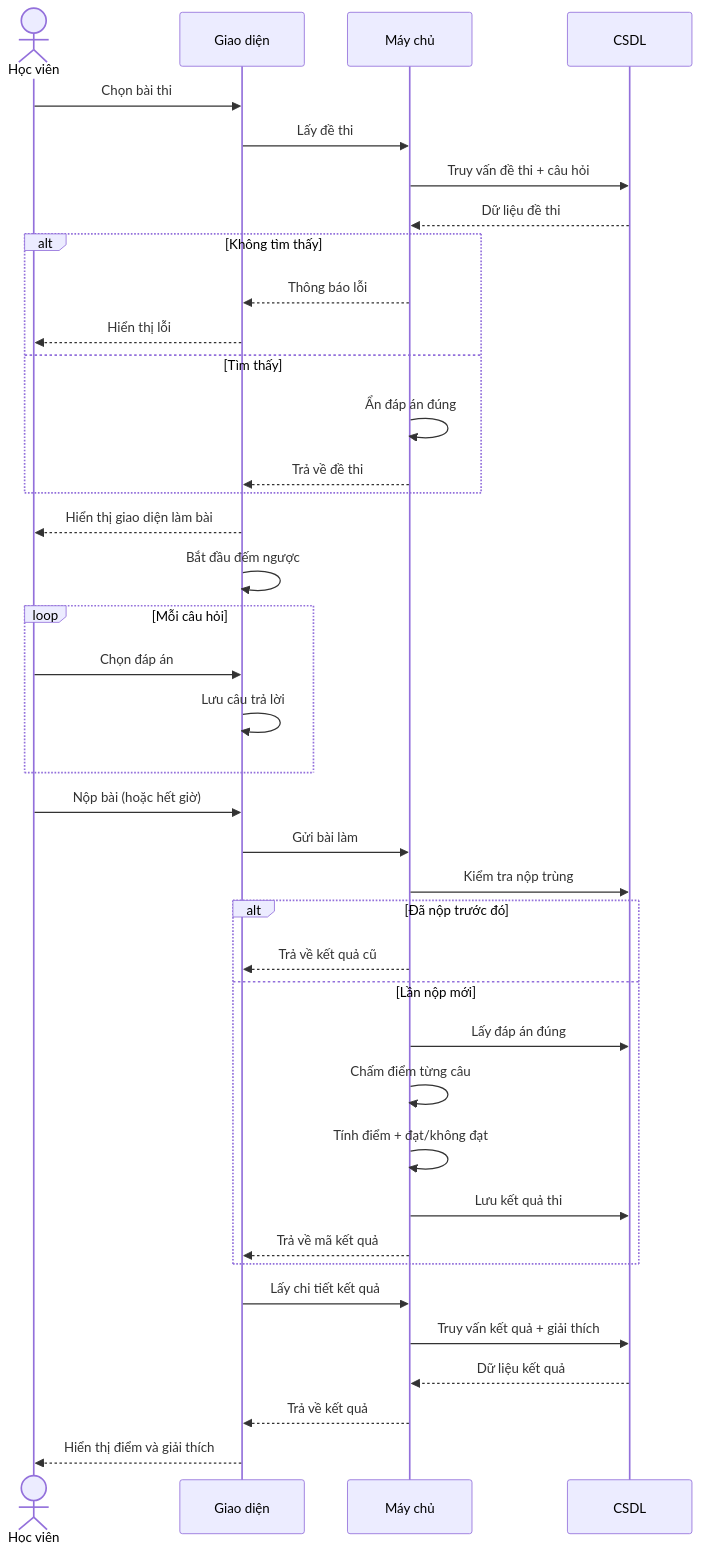
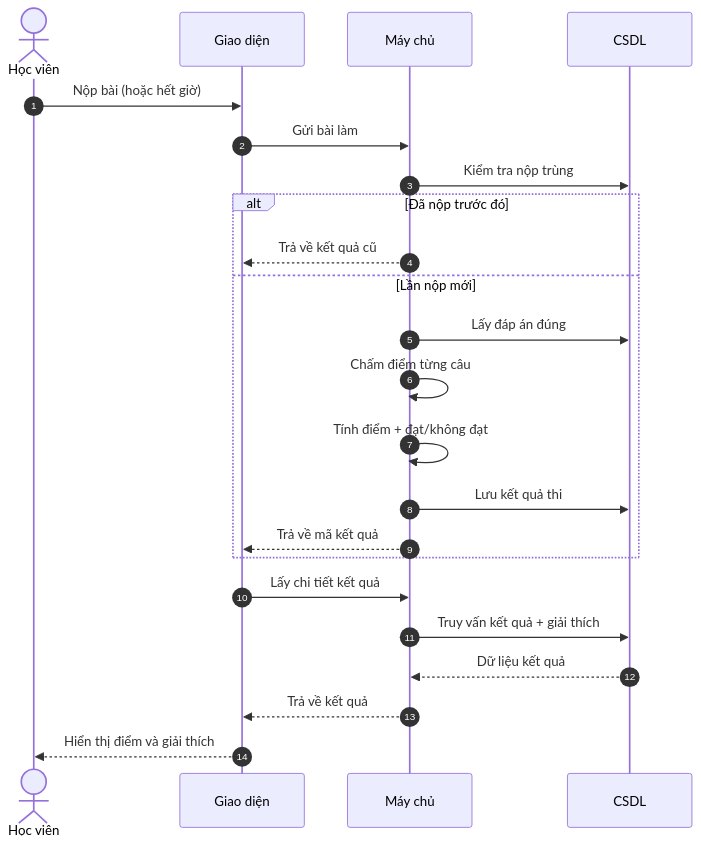
Before and after one commit to duynguyen2003/ccna-master: the fifth of 9 diagrams in Markdown/sequence_diagrams.md, drawn with Mermaid. The commit also changed other lines of this file and 1 other file, not shown here.

````diff
--- a/Markdown/sequence_diagrams.md
+++ b/Markdown/sequence_diagrams.md
@@ -95,49 +144,29 @@
 ```mermaid
 sequenceDiagram
+    autonumber
     actor User as Học viên
     participant FE as Giao diện
     participant BE as Máy chủ
     participant DB as CSDL
-
-    User->>FE: Chọn bài thi
-    FE->>BE: Lấy đề thi
-    BE->>DB: Truy vấn đề thi + câu hỏi
-    DB-->>BE: Dữ liệu đề thi
-
-    alt Không tìm thấy
-        BE-->>FE: Thông báo lỗi
-        FE-->>User: Hiển thị lỗi
-    else Tìm thấy
-        BE->>BE: Ẩn đáp án đúng
-        BE-->>FE: Trả về đề thi
-    end
-
-    FE-->>User: Hiển thị giao diện làm bài
-    FE->>FE: Bắt đầu đếm ngược
-
-    loop Mỗi câu hỏi
-        User->>FE: Chọn đáp án
-        FE->>FE: Lưu câu trả lời
-    end
 
     User->>FE: Nộp bài (hoặc hết giờ)
     FE->>BE: Gửi bài làm
 
     BE->>DB: Kiểm tra nộp trùng
 
     alt Đã nộp trước đó
         BE-->>FE: Trả về kết quả cũ
     else Lần nộp mới
         BE->>DB: Lấy đáp án đúng
         BE->>BE: Chấm điểm từng câu
         BE->>BE: Tính điểm + đạt/không đạt
         BE->>DB: Lưu kết quả thi
         BE-->>FE: Trả về mã kết quả
     end
 
     FE->>BE: Lấy chi tiết kết quả
     BE->>DB: Truy vấn kết quả + giải thích
     DB-->>BE: Dữ liệu kết quả
     BE-->>FE: Trả về kết quả
     FE-->>User: Hiển thị điểm và giải thích
 ```
````
